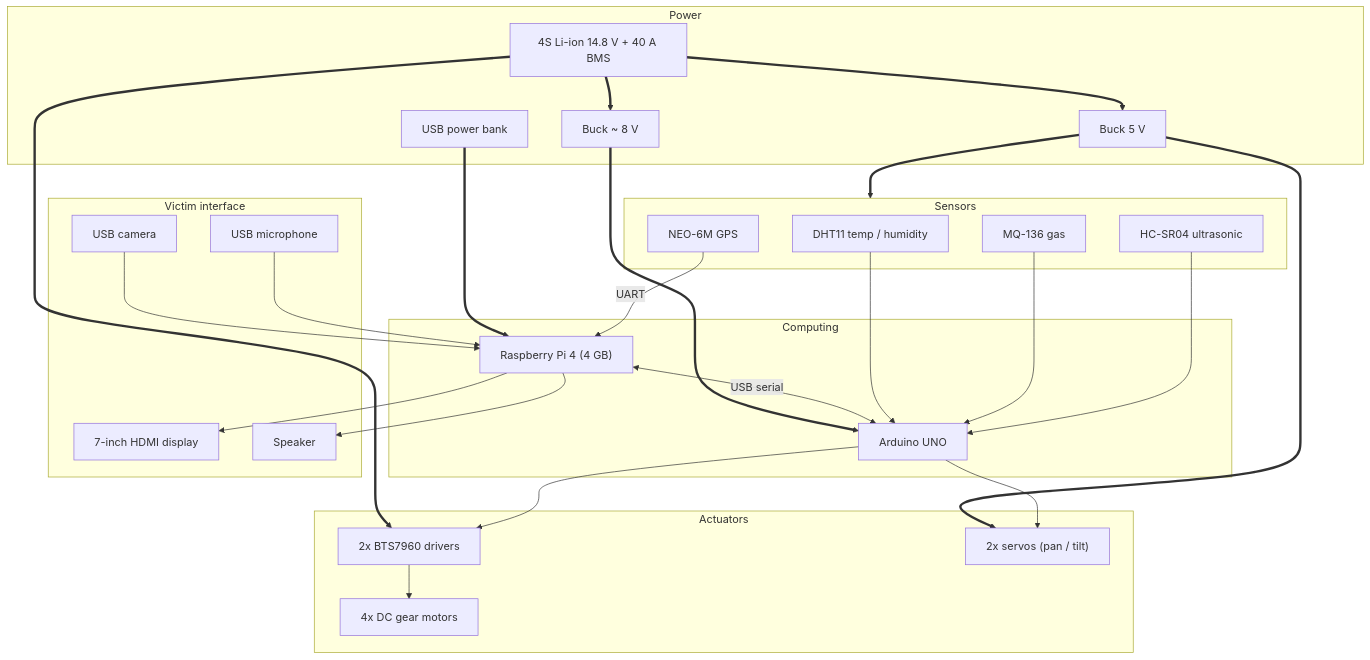
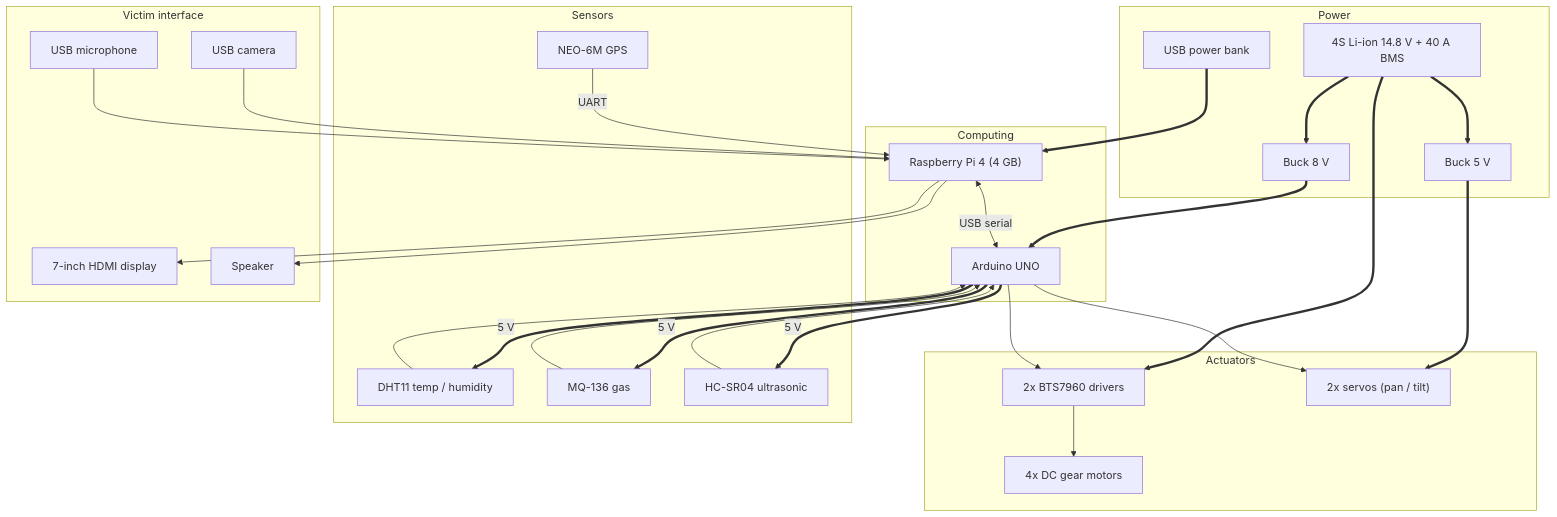
One commit to baiust999/robort-code-from-pi changed diagram 14 of 15 in research paper/methodology_diagrams.md. Above: the diagram before and after it, drawn with Mermaid. The commit also changed other lines of this file and 2 other files, not shown here.

First line of the commit message:
Add Software Architecture section to methodology

````diff
--- a/research paper/methodology_diagrams.md
+++ b/research paper/methodology_diagrams.md
@@ -502,54 +545,56 @@
 ```mermaid
 flowchart TB
     subgraph POWER["Power"]
         BAT["4S Li-ion 14.8 V + 40 A BMS"]
         BK5["Buck 5 V"]
-        BK8["Buck ~ 8 V"]
+        BK8["Buck 8 V"]
         PB["USB power bank"]
     end
 
     subgraph COMPUTE["Computing"]
         PI["Raspberry Pi 4 (4 GB)"]
         ARD["Arduino UNO"]
     end
 
     subgraph ACT["Actuators"]
         DRV["2x BTS7960 drivers"]
         MOT["4x DC gear motors"]
         SRV["2x servos (pan / tilt)"]
     end
 
     subgraph SENSE["Sensors"]
         DHT["DHT11 temp / humidity"]
         MQ["MQ-136 gas"]
         US["HC-SR04 ultrasonic"]
         GPS["NEO-6M GPS"]
     end
 
     subgraph HMI["Victim interface"]
         CAM["USB camera"]
         MIC["USB microphone"]
         DSP["7-inch HDMI display"]
         SPK["Speaker"]
     end
 
     BAT ==> DRV
     BAT ==> BK5
     BAT ==> BK8
     BK8 ==> ARD
     BK5 ==> SRV
-    BK5 ==> SENSE
+    ARD ==>|"5 V"| DHT
+    ARD ==>|"5 V"| MQ
+    ARD ==>|"5 V"| US
     PB ==> PI
 
     PI <-->|"USB serial"| ARD
     ARD --> DRV --> MOT
     ARD --> SRV
     DHT --> ARD
     MQ --> ARD
     US --> ARD
     GPS -->|UART| PI
     CAM --> PI
     MIC --> PI
     PI --> DSP
     PI --> SPK
 ```
````
